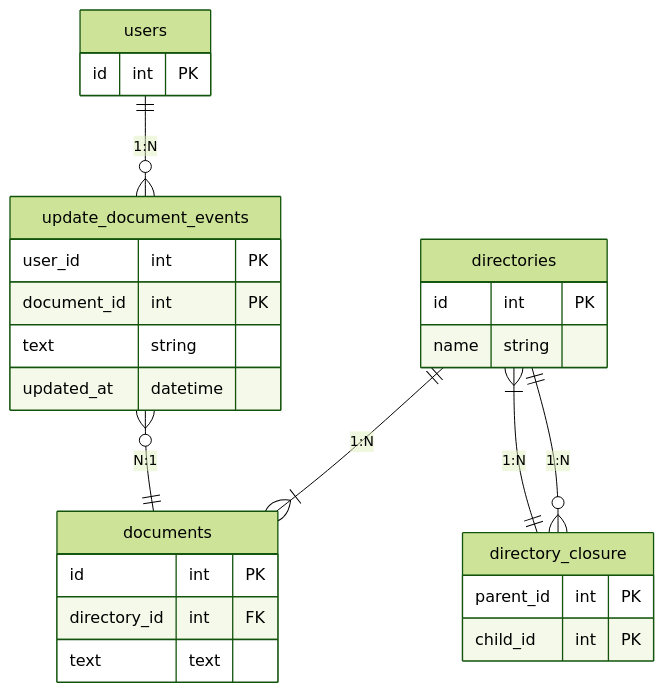
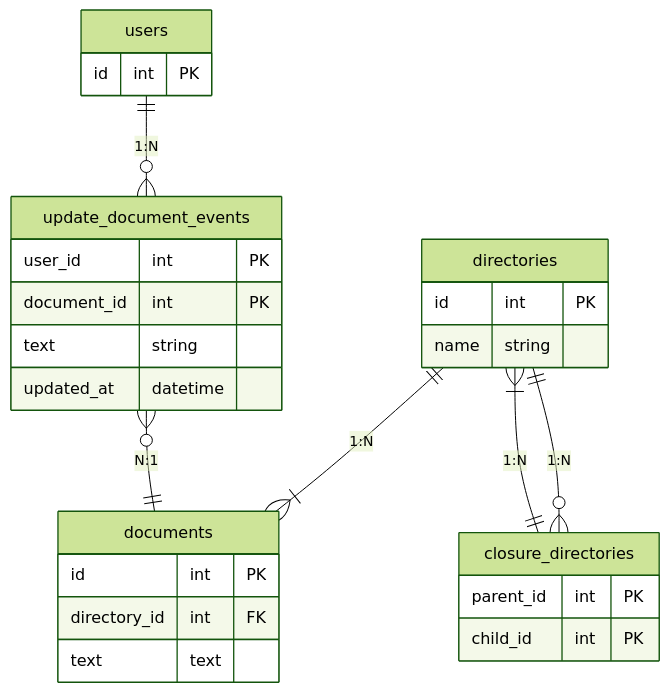
The first of 2 diagrams in db/db-modeling-3/README.md (HitoroOhria/praha-challenge), drawn with Mermaid (forest theme) before and after one commit. The commit also changed other lines of this file, not shown here.

Commit message:
テーブル説明を修正

````diff
--- a/db/db-modeling-3/README.md
+++ b/db/db-modeling-3/README.md
@@ -5,36 +5,36 @@
 ```mermaid
 erDiagram
 
 users ||--o{ update_document_events : "1:N"
 users {
   id int PK
 }
 
-directories ||--o{ directory_closure : "1:N"
+directories ||--o{ closure_directories : "1:N"
 directories ||--|{ documents : "1:N"
 directories {
   id int PK
   name string
 }
 
-directory_closure ||--|{ directories : "1:N"
-directory_closure {
+closure_directories ||--|{ directories : "1:N"
+closure_directories {
   parent_id int PK
   child_id int PK
 }
 
 update_document_events }o--|| documents : "N:1"
 update_document_events {
   user_id int PK
   document_id int PK
   text string
   updated_at datetime
 }
 
 documents {
   id int PK
   directory_id int FK
   text text
 }
 
 ```
````
